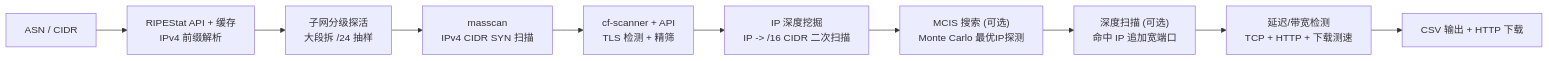
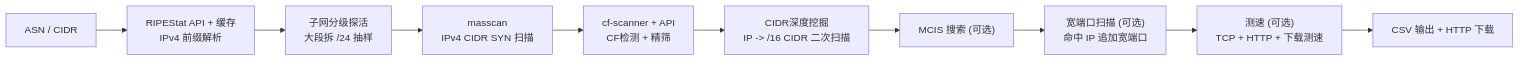
The diagram in README.md (xiaoqian-1001/IP-Tidy), drawn with Mermaid before and after one commit. The commit also changed other lines of this file and 4 other files, not shown here.

````diff
--- a/README.md
+++ b/README.md
@@ -135,12 +135,12 @@
 ```mermaid
 graph LR
     A["ASN / CIDR"] --> B["RIPEStat API + 缓存<br/>IPv4 前缀解析"]
     B --> C["子网分级探活<br/>大段拆 /24 抽样"]
     C --> D["masscan<br/>IPv4 CIDR SYN 扫描"]
-    D --> E["cf-scanner + API<br/>TLS 检测 + 精筛"]
-    E --> F["IP 深度挖掘<br/>IP -> /16 CIDR 二次扫描"]
-    F --> G["MCIS 搜索 (可选)<br/>Monte Carlo 最优IP探测"]
-    G --> H["深度扫描 (可选)<br/>命中 IP 追加宽端口"]
-    H --> I["延迟/带宽检测<br/>TCP + HTTP + 下载测速"]
+    D --> E["cf-scanner + API<br/>CF检测 + 精筛"]
+    E --> F["CIDR深度挖掘<br/>IP -> /16 CIDR 二次扫描"]
+    F --> G["MCIS 搜索 (可选)"]
+    G --> H["宽端口扫描 (可选)<br/>命中 IP 追加宽端口"]
+    H --> I["测速 (可选)<br/>TCP + HTTP + 下载测速"]
     I --> J["CSV 输出 + HTTP 下载"]
 ```
````
